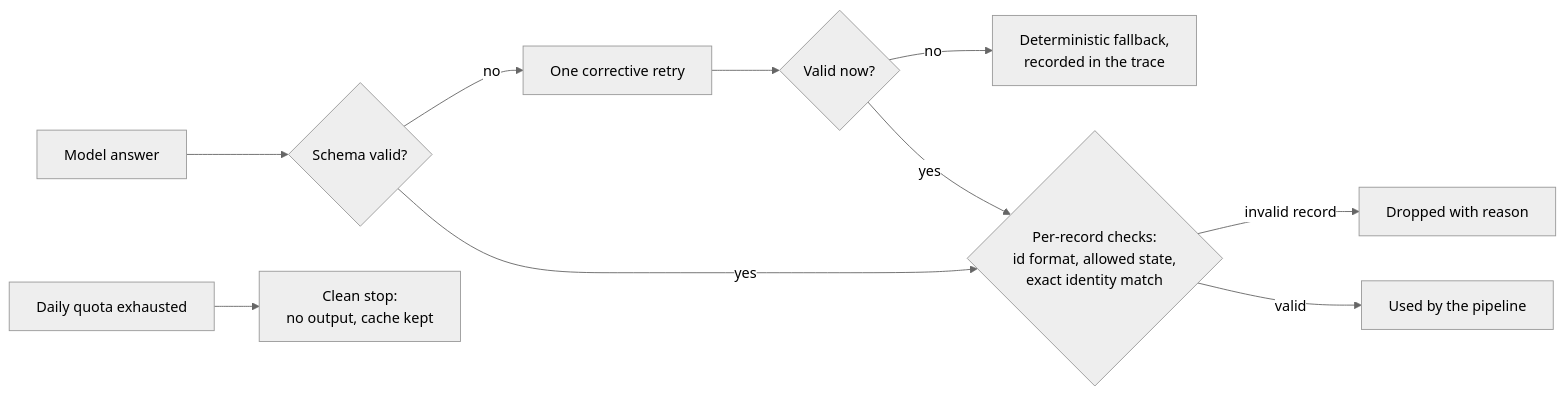
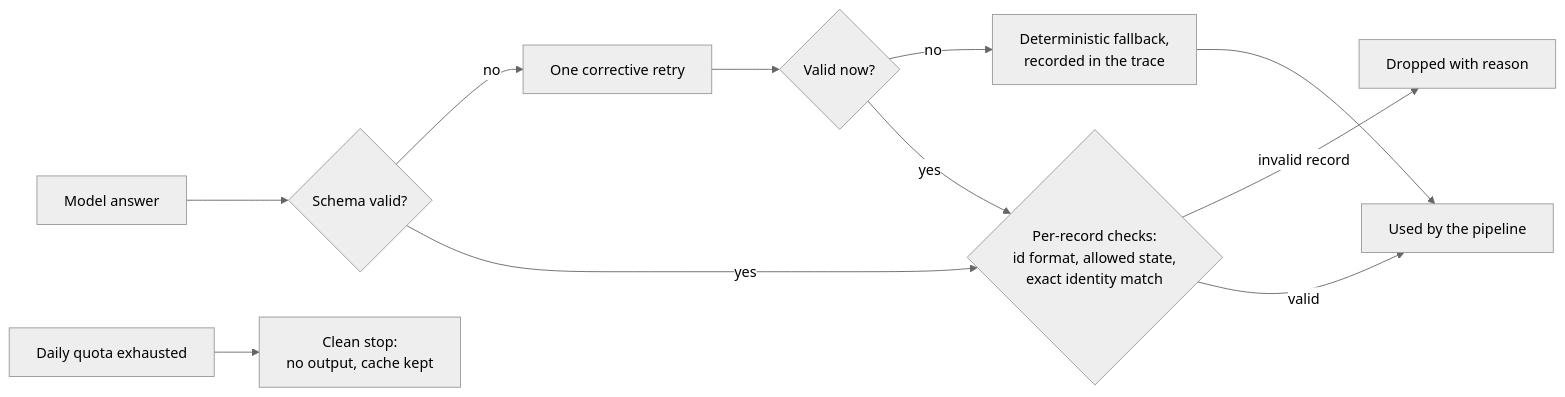
Before and after one commit to c-panagopoulos/deletion-audit-agent: the second of 3 diagrams in README.md, drawn with Mermaid (neutral theme). The commit also changed other lines of this file, not shown here.

````diff
--- a/README.md
+++ b/README.md
@@ -101,12 +101,13 @@
 ```mermaid
 flowchart LR
     M[Model answer] --> S{Schema valid?}
     S -- no --> R[One corrective retry]
     R --> S2{Valid now?}
     S2 -- no --> F["Deterministic fallback,<br/>recorded in the trace"]
     S -- yes --> P{"Per-record checks:<br/>id format, allowed state,<br/>exact identity match"}
     S2 -- yes --> P
     P -- invalid record --> D[Dropped with reason]
     P -- valid --> U[Used by the pipeline]
+    F --> U
     Q[Daily quota exhausted] --> STOP["Clean stop:<br/>no output, cache kept"]
 ```
````
